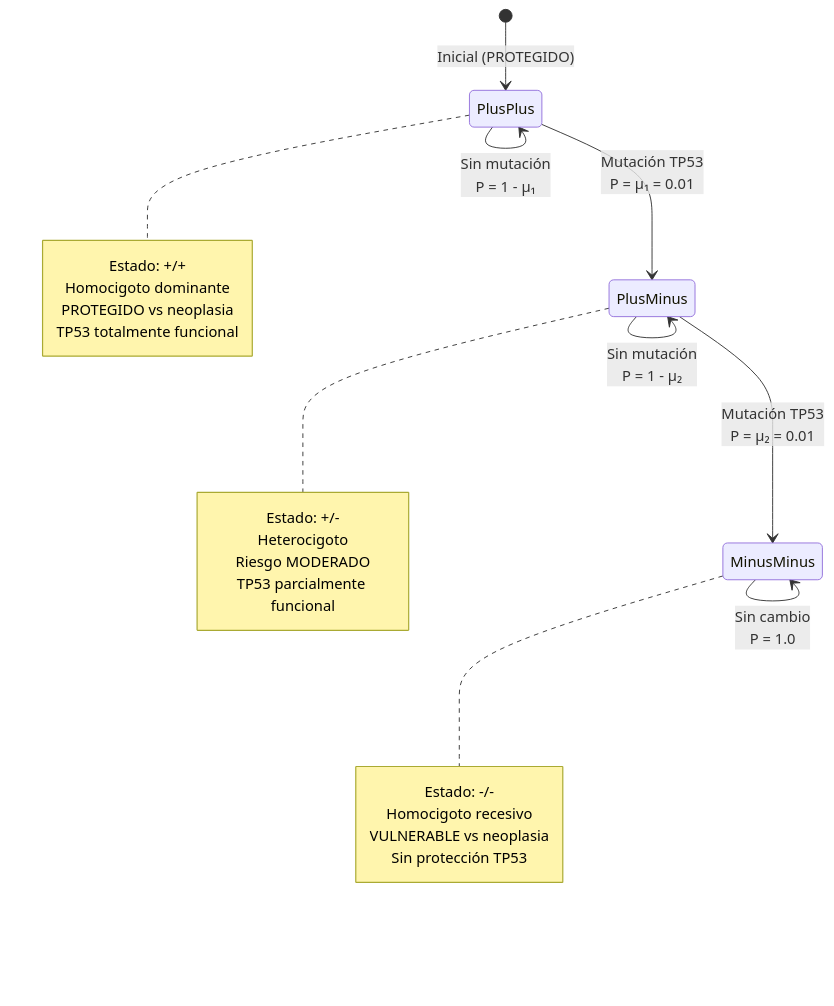
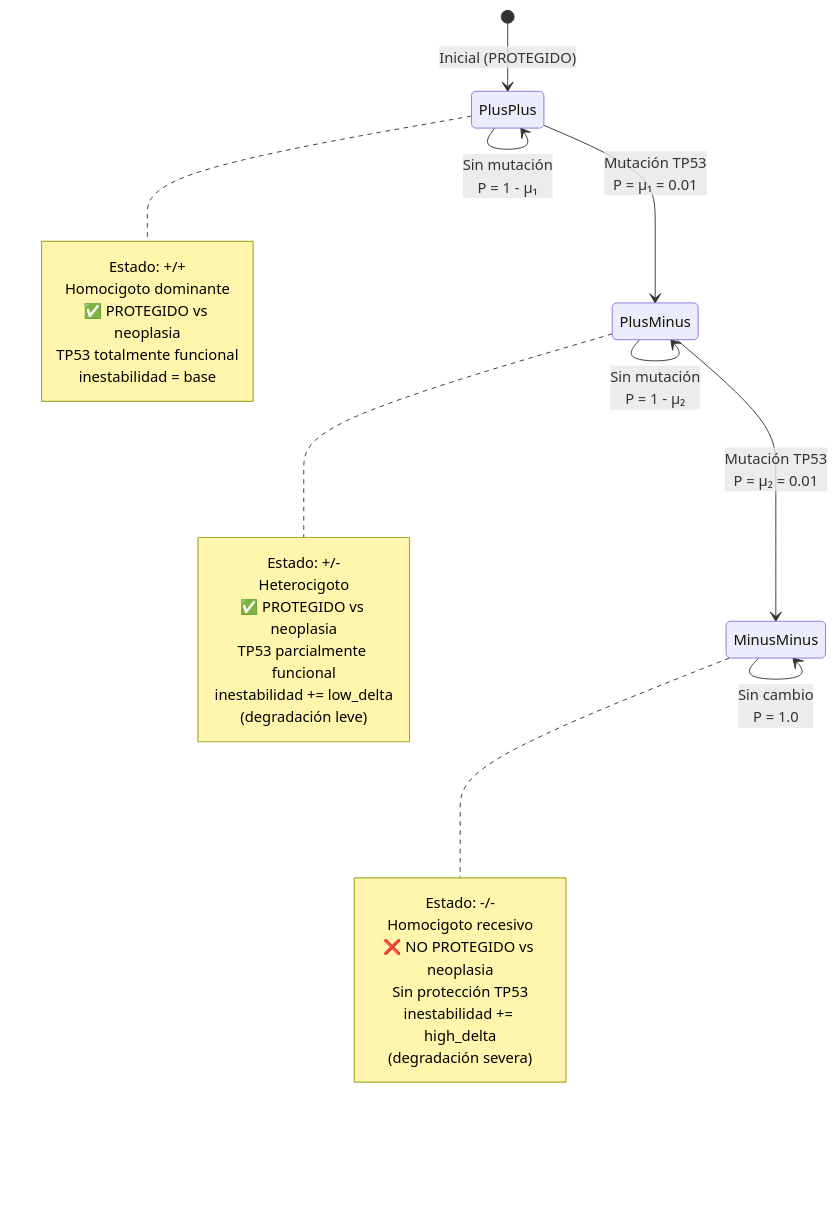
One commit to lpalomerol/cellSim changed the second of 8 diagrams in docs/diagrams-mermaid.md. Above: the diagram before and after it, drawn with Mermaid. The commit also changed other lines of this file and 1 other file, not shown here.

Commit message:
feat: add diagrams and README for cellSim simulator, detailing cellular dynamics and mutation scenarios

````diff
--- a/docs/diagrams-mermaid.md
+++ b/docs/diagrams-mermaid.md
@@ -42,33 +42,38 @@
 ```mermaid
 stateDiagram-v2
     [*] --> PlusPlus: Inicial (PROTEGIDO)
     
     PlusPlus --> PlusPlus: Sin mutación<br/>P = 1 - μ₁
     PlusPlus --> PlusMinus: Mutación TP53<br/>P = μ₁ = 0.01
     
     PlusMinus --> PlusMinus: Sin mutación<br/>P = 1 - μ₂
     PlusMinus --> MinusMinus: Mutación TP53<br/>P = μ₂ = 0.01
     
     MinusMinus --> MinusMinus: Sin cambio<br/>P = 1.0
     
     note right of PlusPlus
         Estado: +/+
         Homocigoto dominante
-        PROTEGIDO vs neoplasia
+        ✅ PROTEGIDO vs neoplasia
         TP53 totalmente funcional
+        inestabilidad = base
     end note
     
     note right of PlusMinus
         Estado: +/-
         Heterocigoto
-        Riesgo MODERADO
+        ✅ PROTEGIDO vs neoplasia
         TP53 parcialmente funcional
+        inestabilidad += low_delta
+        (degradación leve)
     end note
     
     note right of MinusMinus
         Estado: -/-
         Homocigoto recesivo
-        VULNERABLE vs neoplasia
+        ❌ NO PROTEGIDO vs neoplasia
         Sin protección TP53
+        inestabilidad += high_delta
+        (degradación severa)
     end note
 ```
````
